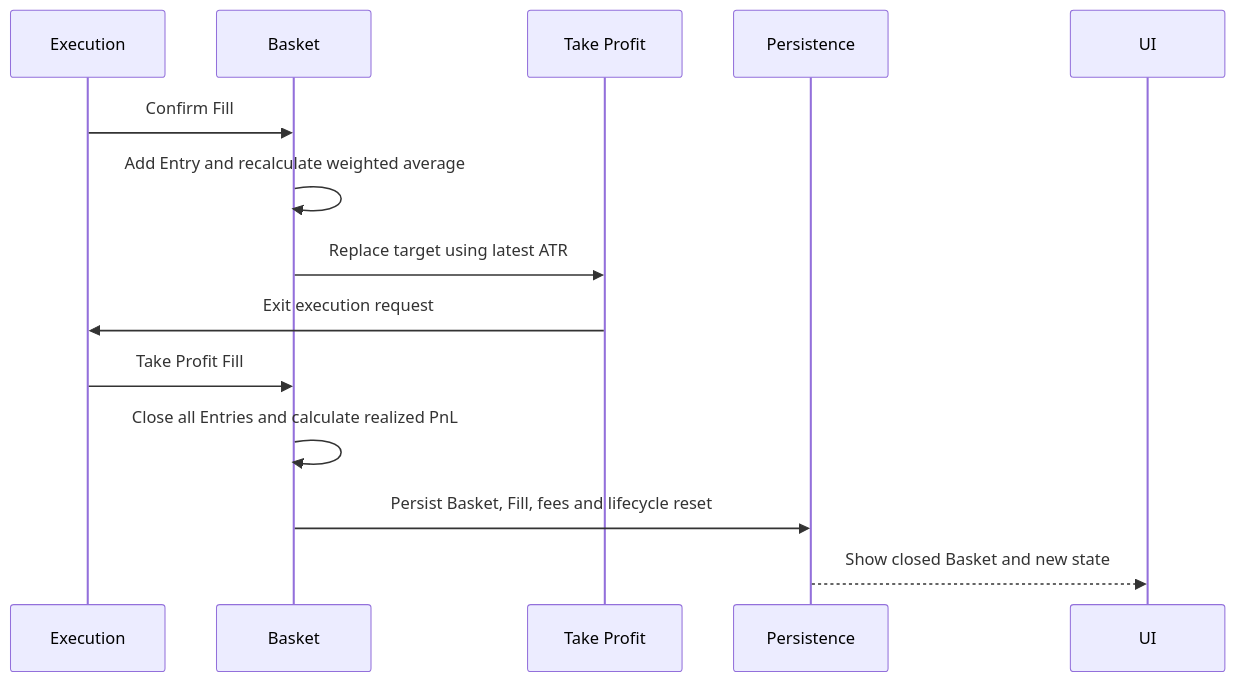
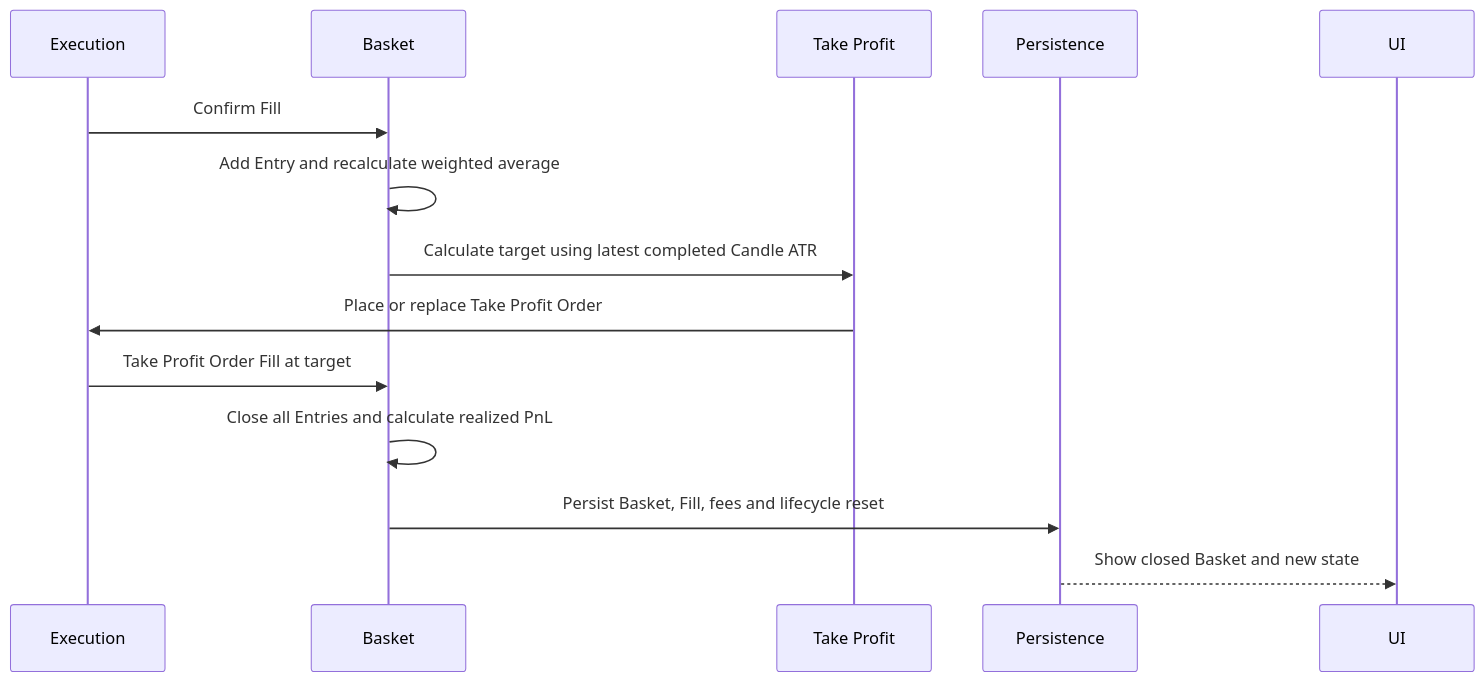
Before and after one commit to yukasung/tiewtrade: the second of 2 diagrams in docs-site/content/trading-process.mdx, drawn with Mermaid. The commit also changed other lines of this file and 7 other files, not shown here.

````diff
--- a/docs-site/content/trading-process.mdx
+++ b/docs-site/content/trading-process.mdx
@@ -39,17 +39,17 @@
 ```mermaid
 sequenceDiagram
     participant E as Execution
     participant B as Basket
     participant T as Take Profit
     participant D as Persistence
     participant U as UI
 
     E->>B: Confirm Fill
     B->>B: Add Entry and recalculate weighted average
-    B->>T: Replace target using latest ATR
-    T->>E: Exit execution request
-    E->>B: Take Profit Fill
+    B->>T: Calculate target using latest completed Candle ATR
+    T->>E: Place or replace Take Profit Order
+    E->>B: Take Profit Order Fill at target
     B->>B: Close all Entries and calculate realized PnL
     B->>D: Persist Basket, Fill, fees and lifecycle reset
     D-->>U: Show closed Basket and new state
 ```
````
